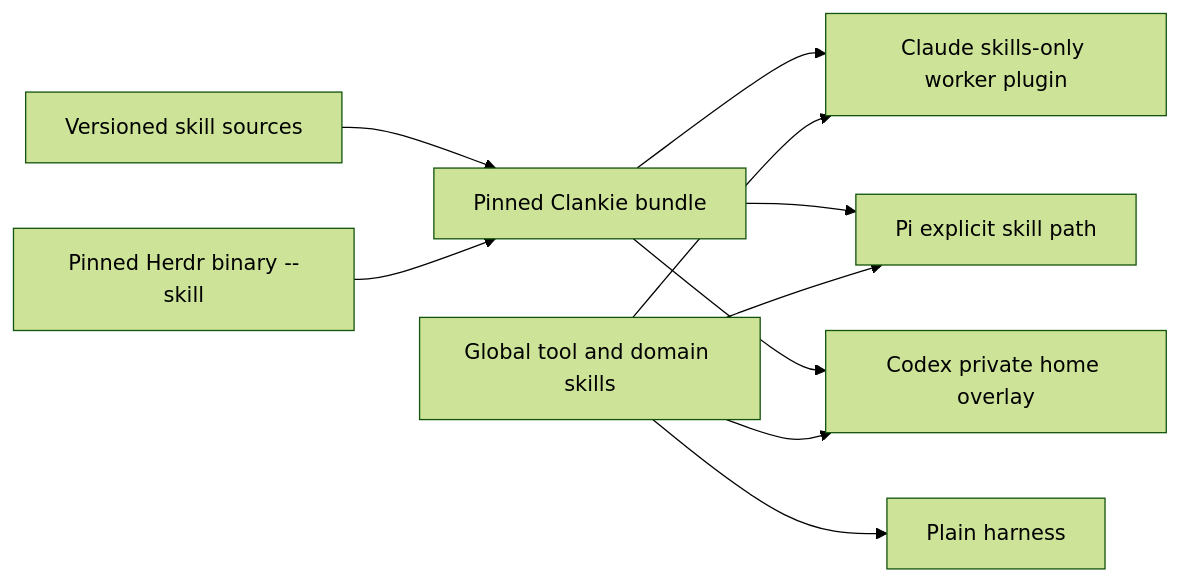
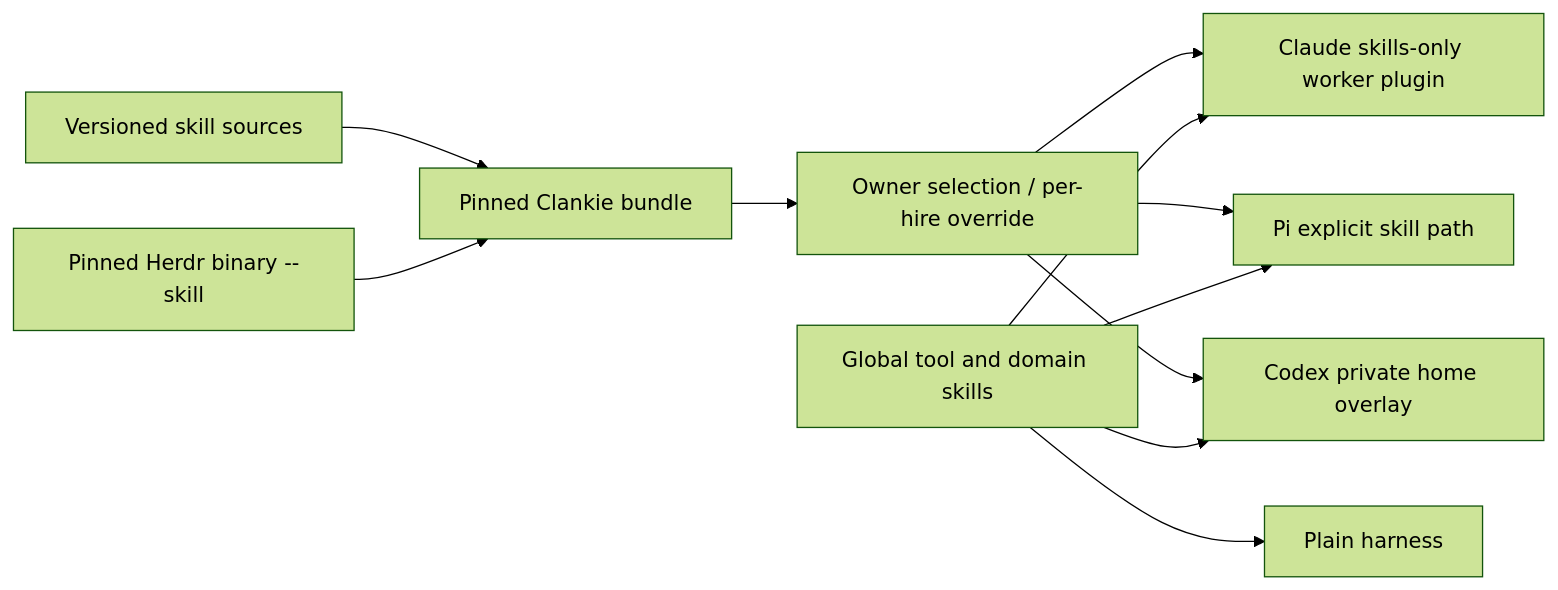
One commit to Volpestyle/clankie changed the diagram in docs/adr/0200-clankie-bundles-its-opinionated-skills.md. Above: the diagram before and after it, drawn with Mermaid (forest theme). The commit also changed other lines of this file and 95 other files, not shown here.

First line of the commit message:
Make opinionated skills optional and prune the bundled selection

````diff
--- a/docs/adr/0200-clankie-bundles-its-opinionated-skills.md
+++ b/docs/adr/0200-clankie-bundles-its-opinionated-skills.md
@@ -39,12 +70,13 @@
 ```mermaid
 flowchart LR
   S[Versioned skill sources] --> B[Pinned Clankie bundle]
   R[Pinned Herdr binary --skill] --> B
-  B --> C[Claude skills-only worker plugin]
-  B --> P[Pi explicit skill path]
-  B --> X[Codex private home overlay]
+  B --> F[Owner selection / per-hire override]
+  F --> C[Claude skills-only worker plugin]
+  F --> P[Pi explicit skill path]
+  F --> X[Codex private home overlay]
   T[Global tool and domain skills] --> H[Plain harness]
   T --> C
   T --> P
   T --> X
 ```
````
